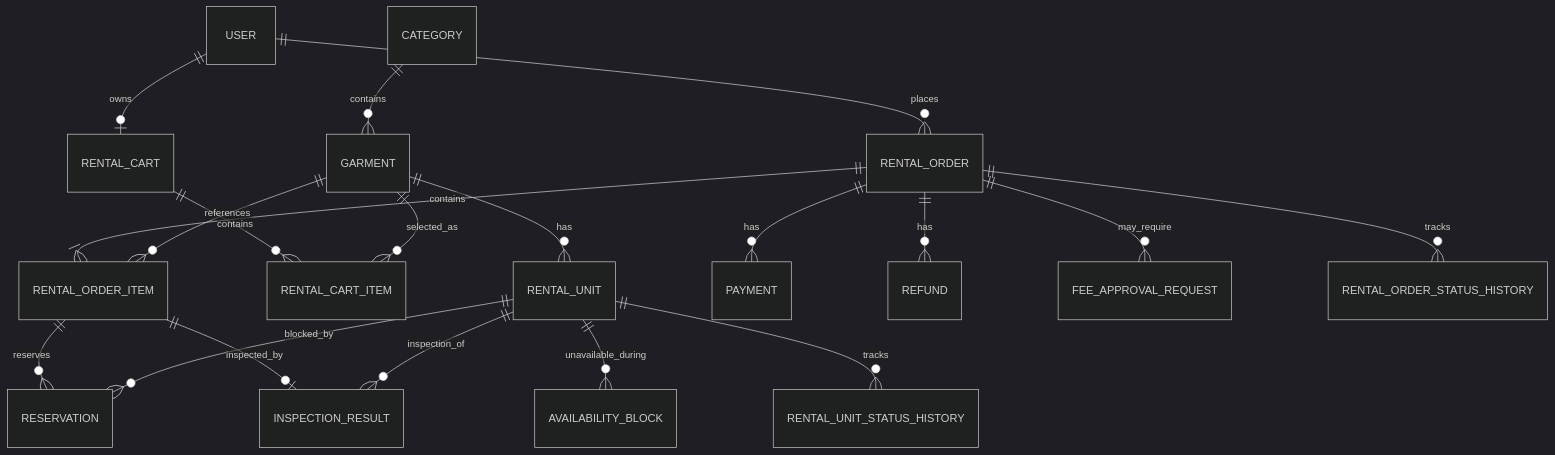
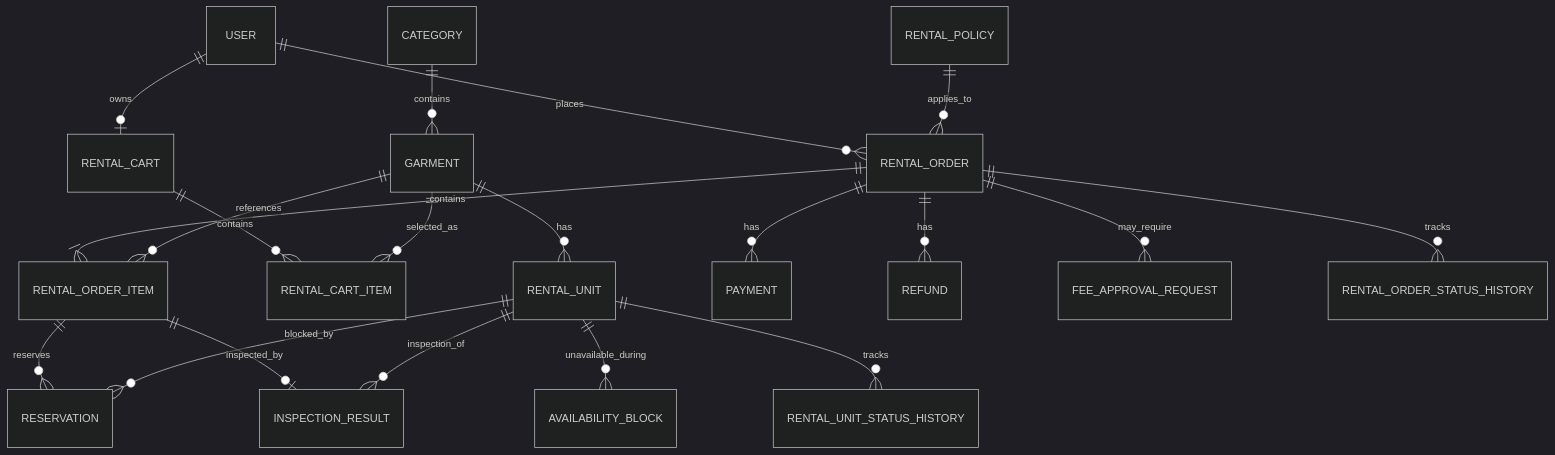
Before and after one commit to ndd-uit/D-Shop: the diagram in docs/business-analysis/05-domain-model/erd.md, drawn with Mermaid (dark theme). The commit also changed 7 other files, not shown here.

Commit message:
docs: align BA diagrams with rental lifecycle

````diff
--- a/docs/business-analysis/05-domain-model/erd.md
+++ b/docs/business-analysis/05-domain-model/erd.md
@@ -10,30 +10,31 @@
 ```mermaid
 erDiagram
 
     USER ||--o| RENTAL_CART : owns
     USER ||--o{ RENTAL_ORDER : places
+    RENTAL_POLICY ||--o{ RENTAL_ORDER : applies_to
 
     CATEGORY ||--o{ GARMENT : contains
     GARMENT ||--o{ RENTAL_UNIT : has
 
     RENTAL_CART ||--o{ RENTAL_CART_ITEM : contains
     GARMENT ||--o{ RENTAL_CART_ITEM : selected_as
 
     RENTAL_ORDER ||--|{ RENTAL_ORDER_ITEM : contains
     GARMENT ||--o{ RENTAL_ORDER_ITEM : references
     RENTAL_ORDER_ITEM ||--o{ RESERVATION : reserves
     RENTAL_UNIT ||--o{ RESERVATION : blocked_by
 
     RENTAL_UNIT ||--o{ AVAILABILITY_BLOCK : unavailable_during
 
     RENTAL_ORDER ||--o{ PAYMENT : has
     RENTAL_ORDER ||--o{ REFUND : has
 
     RENTAL_ORDER_ITEM ||--o| INSPECTION_RESULT : inspected_by
     RENTAL_UNIT ||--o{ INSPECTION_RESULT : inspection_of
 
     RENTAL_ORDER ||--o{ FEE_APPROVAL_REQUEST : may_require
 
     RENTAL_ORDER ||--o{ RENTAL_ORDER_STATUS_HISTORY : tracks
     RENTAL_UNIT ||--o{ RENTAL_UNIT_STATUS_HISTORY : tracks
 ```
````
